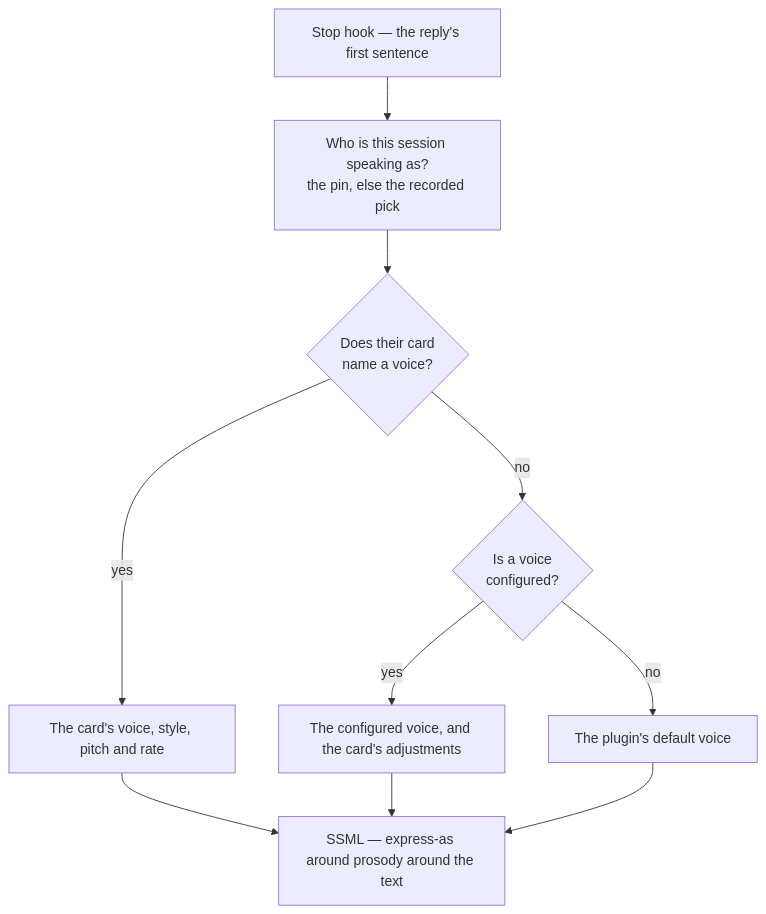
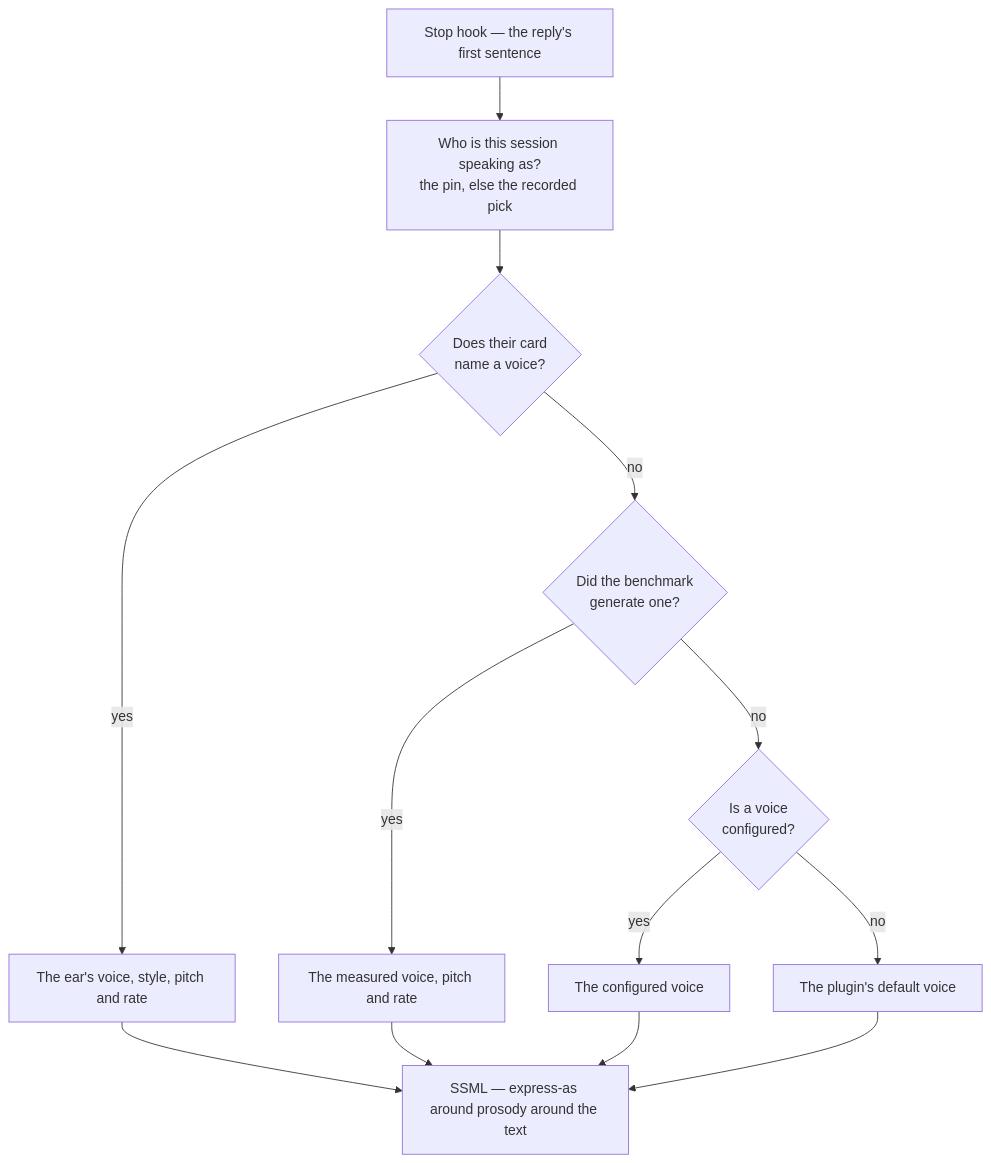
Before and after one commit to Esposter/Esposter: the diagram in apps/web/content/docs/infra/claude-interface/per-character-voices.md, drawn with Mermaid. The commit also changed other lines of this file and 57 other files, not shown here.

````diff
--- a/apps/web/content/docs/infra/claude-interface/per-character-voices.md
+++ b/apps/web/content/docs/infra/claude-interface/per-character-voices.md
@@ -29,21 +29,26 @@
 ```mermaid
 flowchart TD
     Reply[Stop hook — the reply's first sentence]
     Who[Who is this session speaking as?<br/>the pin, else the recorded pick]
     Card{Does their card<br/>name a voice?}
+    Generated{Did the benchmark<br/>generate one?}
     Option{Is a voice<br/>configured?}
-    CardVoice[The card's voice, style, pitch and rate]
-    OptionVoice[The configured voice, and the card's adjustments]
+    CardVoice[The ear's voice, style, pitch and rate]
+    GeneratedVoice[The measured voice, pitch and rate]
+    OptionVoice[The configured voice]
     Default[The plugin's default voice]
     Ssml[SSML — express-as around prosody around the text]
 
     Reply --> Who
     Who --> Card
     Card -- yes --> CardVoice
-    Card -- no --> Option
+    Card -- no --> Generated
+    Generated -- yes --> GeneratedVoice
+    Generated -- no --> Option
     Option -- yes --> OptionVoice
     Option -- no --> Default
     CardVoice --> Ssml
+    GeneratedVoice --> Ssml
     OptionVoice --> Ssml
     Default --> Ssml
 ```
````
